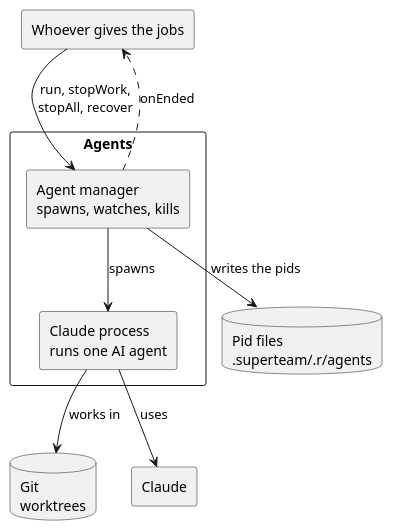
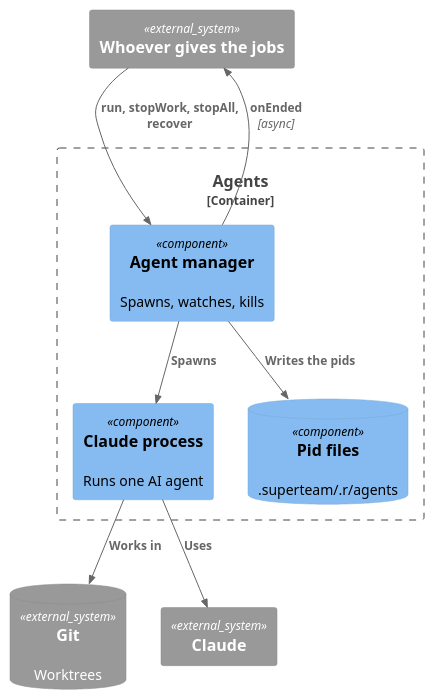
The diagram in docs/05_building-blocks/agents/agents.md (longlh/superteam), drawn with PlantUML before and after one commit. The commit also changed 5 other files, not shown here.

First line of the commit message:
Use the C4-PlantUML library for the context, container and component diagrams

````diff
--- a/docs/05_building-blocks/agents/agents.md
+++ b/docs/05_building-blocks/agents/agents.md
@@ -27,21 +27,22 @@
 ```plantuml
 @startuml
-rectangle "Whoever gives the jobs" as caller
+!include <C4/C4_Component>
 
-rectangle "Agents" as agents {
-  rectangle "Agent manager\nspawns, watches, kills" as manager
-  rectangle "Claude process\nruns one AI agent" as process
+System_Ext(caller, "Whoever gives the jobs", "")
+SystemDb_Ext(git, "Git", "Worktrees")
+System_Ext(claude, "Claude", "")
+
+Container_Boundary(agents, "Agents") {
+  Component(manager, "Agent manager", "", "Spawns, watches, kills")
+  Component(process, "Claude process", "", "Runs one AI agent")
+  ComponentDb(pids, "Pid files", "", ".superteam/.r/agents")
 }
 
-database "Pid files\n.superteam/.r/agents" as pids
-database "Git\nworktrees" as git
-rectangle "Claude" as claude
-
-caller --> manager : run, stopWork,\nstopAll, recover
-manager ..> caller : onEnded
-manager --> process : spawns
-manager --> pids : writes the pids
-process --> git : works in
-process --> claude : uses
+Rel(caller, manager, "run, stopWork, stopAll, recover")
+Rel(manager, caller, "onEnded", "async")
+Rel(manager, process, "Spawns")
+Rel(manager, pids, "Writes the pids")
+Rel(process, git, "Works in")
+Rel(process, claude, "Uses")
 @enduml
 ```
````
